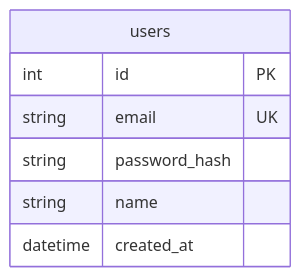
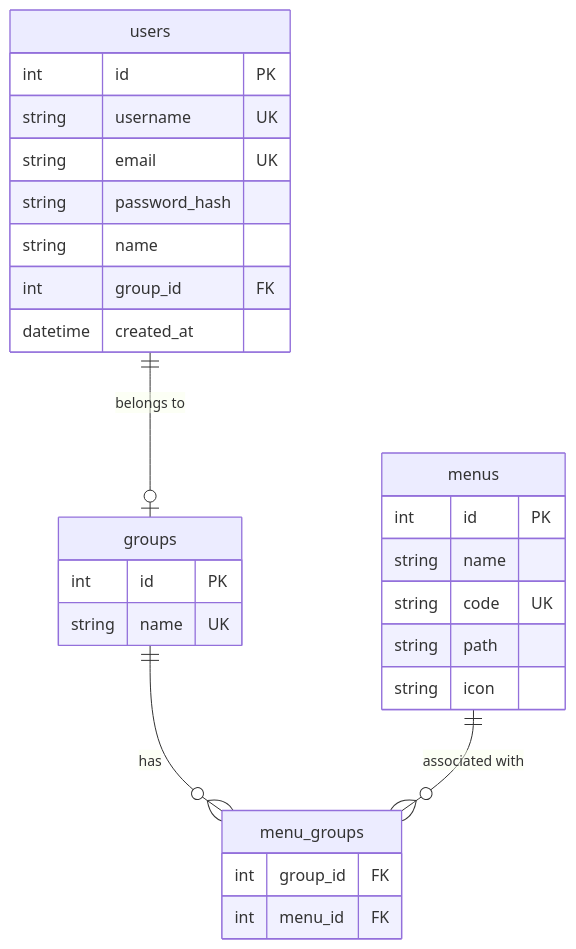
One commit to DarkSchneider1024/wafer-bi changed the diagram in docs/function-tech/database-architecture.md. Above: the diagram before and after it, drawn with Mermaid. The commit also changed other lines of this file and 10 other files, not shown here.

Commit message:
feat: implement RBAC with Menu-Group entities and enhanced user management

````diff
--- a/docs/function-tech/database-architecture.md
+++ b/docs/function-tech/database-architecture.md
@@ -13,10 +13,31 @@
 ```mermaid
 erDiagram
+    users ||--o| groups : "belongs to"
+    groups ||--o{ menu_groups : "has"
+    menus ||--o{ menu_groups : "associated with"
+
     users {
         int id PK
+        string username UK
         string email UK
         string password_hash
         string name
+        int group_id FK
         datetime created_at
     }
+    groups {
+        int id PK
+        string name UK
+    }
+    menus {
+        int id PK
+        string name
+        string code UK
+        string path
+        string icon
+    }
+    menu_groups {
+        int group_id FK
+        int menu_id FK
+    }
 ```
````
